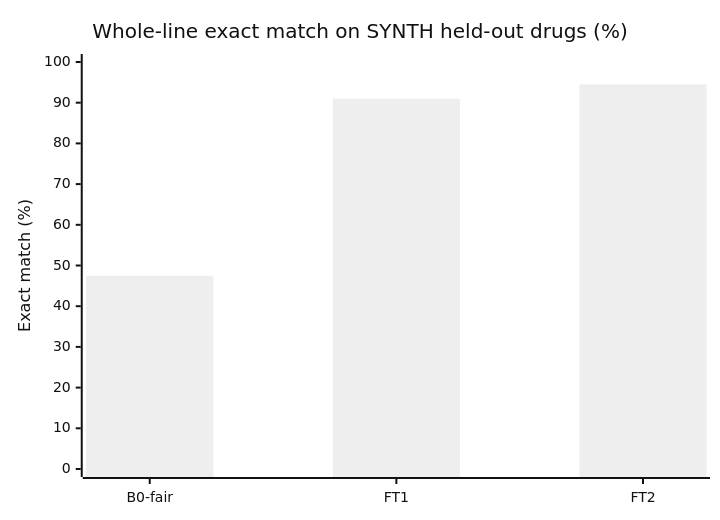
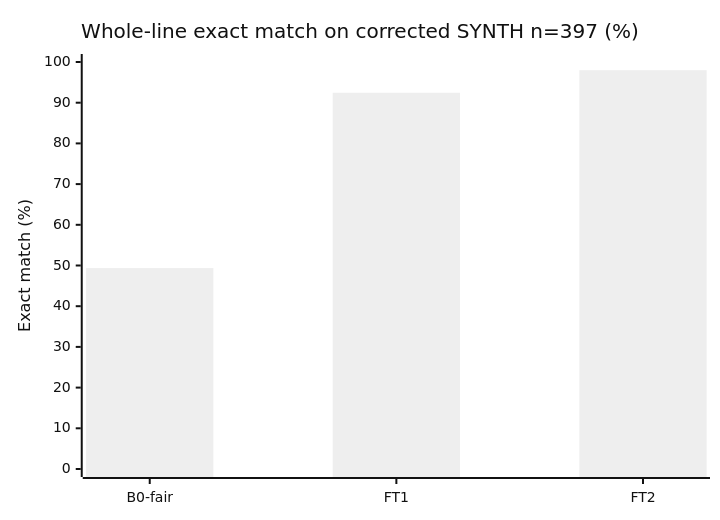
The third of 4 diagrams in eval/results.md (Vedant817/aaji-pill-clerk), drawn with Mermaid (neutral theme) before and after one commit. The commit also changed other lines of this file and 45 other files, not shown here.

````diff
--- a/eval/results.md
+++ b/eval/results.md
@@ -133,7 +164,7 @@
 ```mermaid
 xychart-beta
-    title "Whole-line exact match on SYNTH held-out drugs (%)"
+    title "Whole-line exact match on corrected SYNTH n=397 (%)"
     x-axis ["B0-fair", "FT1", "FT2"]
     y-axis "Exact match (%)" 0 --> 100
-    bar [47.5, 91, 94.5]
+    bar [49.37, 92.44, 97.98]
 ```
````
